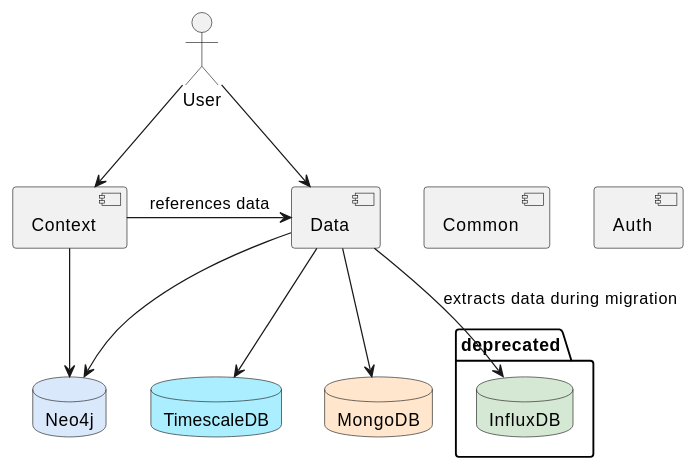
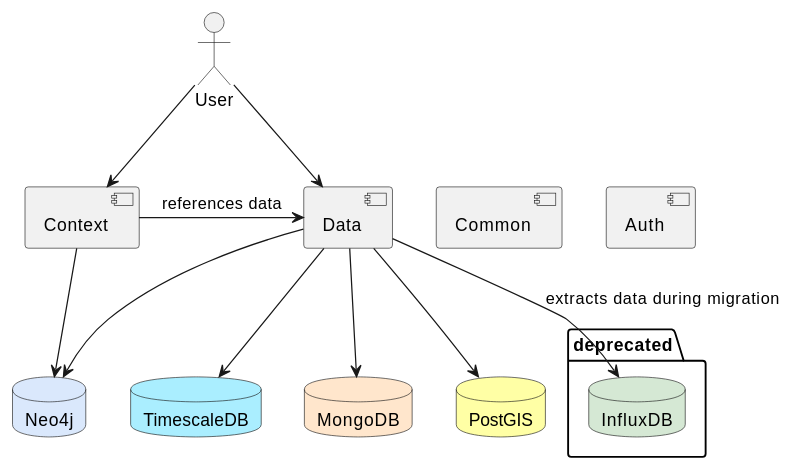
The second of 6 diagrams in architecture/src/05_building_block_view/index.adoc (noheton/shepard), drawn with PlantUML before and after one commit. The commit also changed other lines of this file and 7 other files, not shown here.

```diff
--- a/architecture/src/05_building_block_view/index.adoc
+++ b/architecture/src/05_building_block_view/index.adoc
@@ -67,34 +69,36 @@
 [plantuml, "{plantUMLDir}whitebox-backend-level-2", png]
 ----
 @startuml Whitebox Backend
 
 :User: as user
 
 package "deprecated" {
   database "InfluxDB" as influxdb #D5E8D4
 }
 
 [Context] as context
 [Data] as data
 [Auth] as auth
 [Common] as common
 
 database "Neo4j" as neo4j #DAE8FC
 database "TimescaleDB" as timescaledb #AAEEFF
 database "MongoDB" as mongodb #FFE6CC
+database "PostGIS" as postgis #FFFFA5
 
 user --> context
 user --> data
 
 context -> data: references data
 context --> neo4j
 data --> neo4j
 data --> mongodb
 data --> influxdb: extracts data during migration
 data --> timescaledb
+data --> postgis
 
 data -[hidden]> common
 common -[hidden]> auth
 
 @enduml
 ----
```
